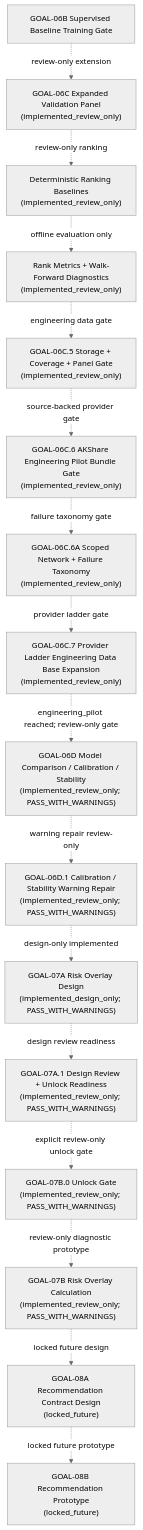
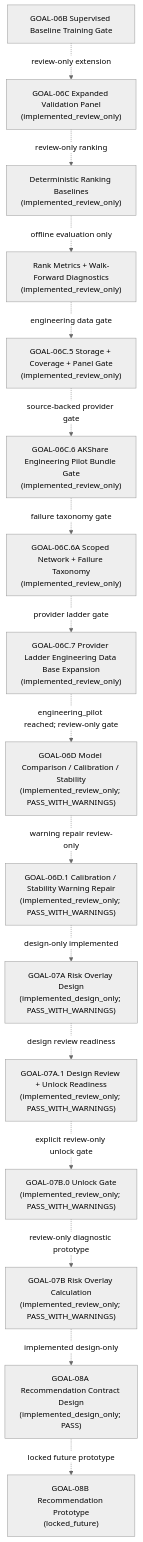
One commit to RyanLu0203/A_share_premarket_core changed the second of 2 diagrams in README.md. Above: the diagram before and after it, drawn with Mermaid (neutral theme). The commit also changed other lines of this file and 53 other files, not shown here.

Commit message:
Implement GOAL-08A design-only contract gate

````diff
--- a/README.md
+++ b/README.md
@@ -104,18 +104,18 @@
 ```mermaid
 flowchart TD
     A["GOAL-06B Supervised Baseline Training Gate"] -. "review-only extension" .-> B["GOAL-06C Expanded Validation Panel<br/>(implemented_review_only)"]
     B -. "review-only ranking" .-> C["Deterministic Ranking Baselines<br/>(implemented_review_only)"]
     C -. "offline evaluation only" .-> D["Rank Metrics + Walk-Forward Diagnostics<br/>(implemented_review_only)"]
     D -. "engineering data gate" .-> E["GOAL-06C.5 Storage + Coverage + Panel Gate<br/>(implemented_review_only)"]
     E -. "source-backed provider gate" .-> G["GOAL-06C.6 AKShare Engineering Pilot Bundle Gate<br/>(implemented_review_only)"]
     G -. "failure taxonomy gate" .-> H["GOAL-06C.6A Scoped Network + Failure Taxonomy<br/>(implemented_review_only)"]
     H -. "provider ladder gate" .-> I["GOAL-06C.7 Provider Ladder Engineering Data Base Expansion<br/>(implemented_review_only)"]
     I -. "engineering_pilot reached; review-only gate" .-> F["GOAL-06D Model Comparison / Calibration / Stability<br/>(implemented_review_only; PASS_WITH_WARNINGS)"]
     F -. "warning repair review-only" .-> I2["GOAL-06D.1 Calibration / Stability Warning Repair<br/>(implemented_review_only; PASS_WITH_WARNINGS)"]
     I2 -. "design-only implemented" .-> J["GOAL-07A Risk Overlay Design<br/>(implemented_design_only; PASS_WITH_WARNINGS)"]
     J -. "design review readiness" .-> J2["GOAL-07A.1 Design Review + Unlock Readiness<br/>(implemented_review_only; PASS_WITH_WARNINGS)"]
     J2 -. "explicit review-only unlock gate" .-> J3["GOAL-07B.0 Unlock Gate<br/>(implemented_review_only; PASS_WITH_WARNINGS)"]
     J3 -. "review-only diagnostic prototype" .-> K["GOAL-07B Risk Overlay Calculation<br/>(implemented_review_only; PASS_WITH_WARNINGS)"]
-    K -. "locked future design" .-> O["GOAL-08A Recommendation Contract Design<br/>(locked_future)"]
+    K -. "implemented design-only" .-> O["GOAL-08A Recommendation Contract Design<br/>(implemented_design_only; PASS)"]
     O -. "locked future prototype" .-> P["GOAL-08B Recommendation Prototype<br/>(locked_future)"]
 ```
````
